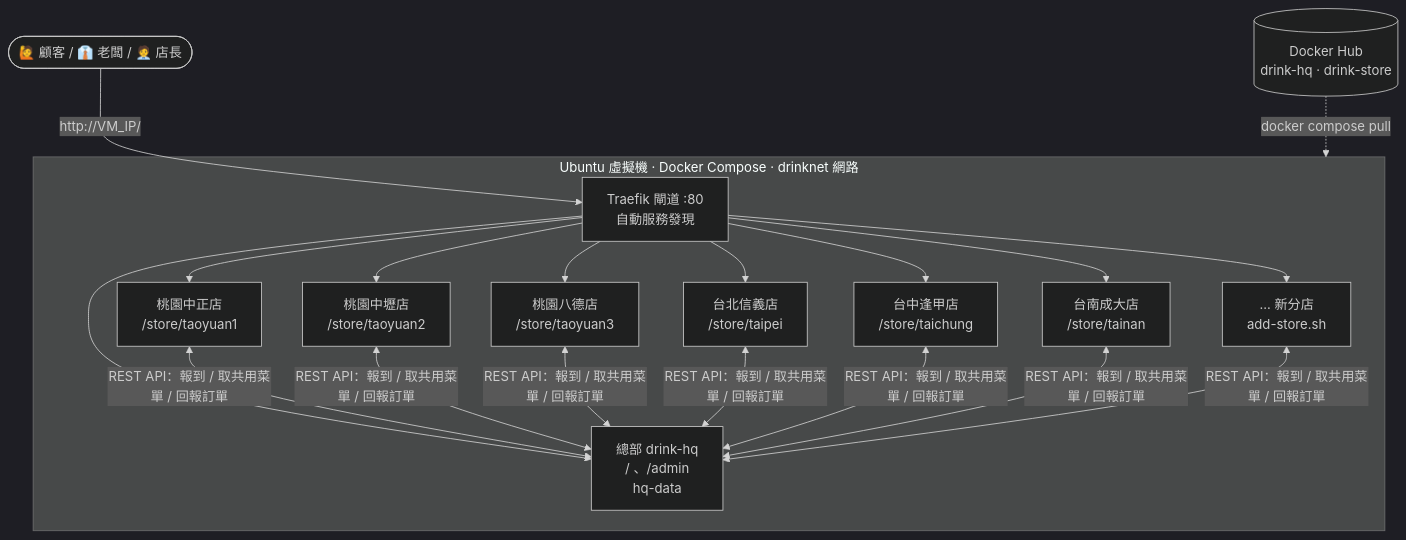
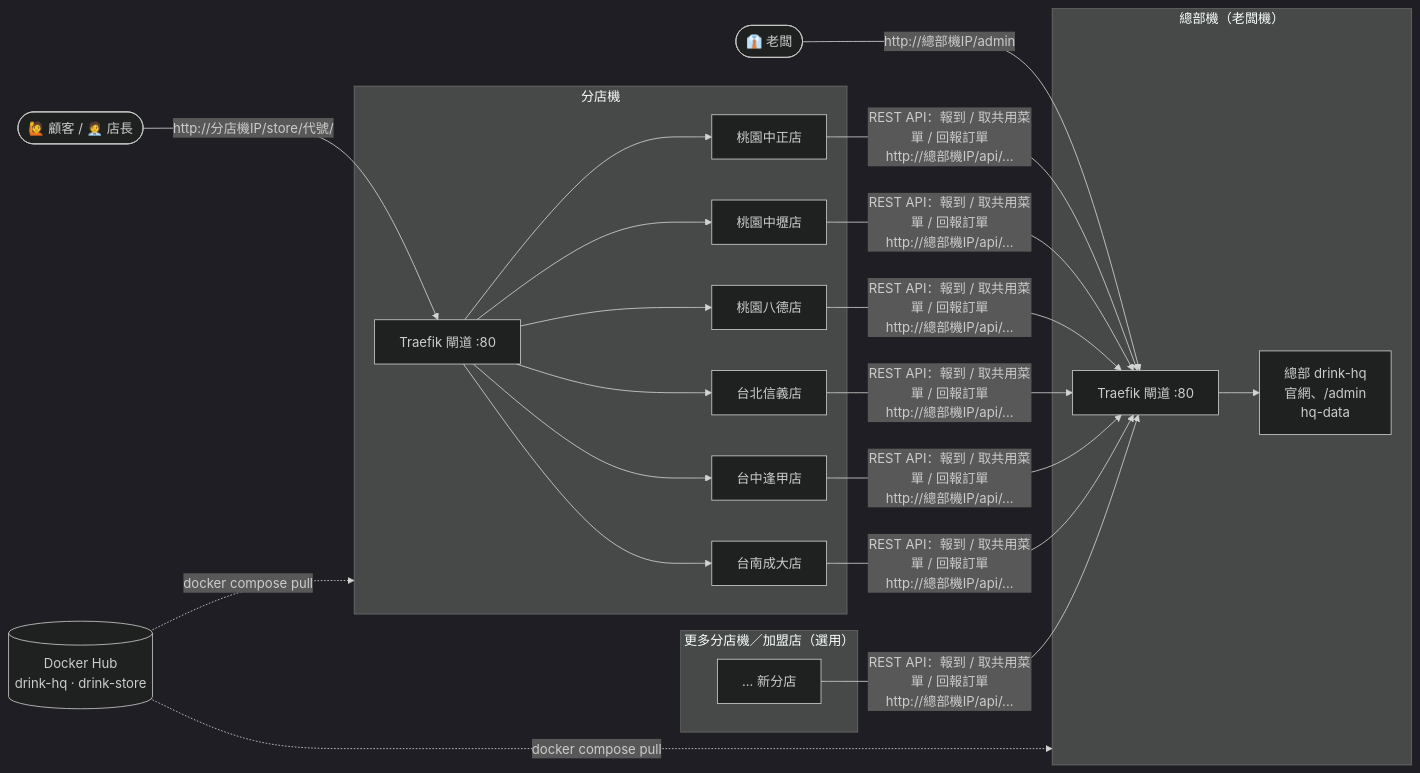
The diagram in README.md (1257244/midterm_exam1120), drawn with Mermaid (dark theme) before and after one commit. The commit also changed other lines of this file and 11 other files, not shown here.

````diff
--- a/README.md
+++ b/README.md
@@ -17,19 +24,18 @@
 ```mermaid
-flowchart TB
-    User([🙋 顧客 / 👔 老闆 / 🧑‍💼 店長]) -->|http://VM_IP/| GW
-    subgraph VM[Ubuntu 虛擬機 · Docker Compose · drinknet 網路]
-        GW[Traefik 閘道 :80<br/>自動服務發現]
-        HQ[總部 drink-hq<br/>/ 、/admin<br/>hq-data]
-        S1[桃園中正店<br/>/store/taoyuan1]
-        S2[桃園中壢店<br/>/store/taoyuan2]
-        S3[桃園八德店<br/>/store/taoyuan3]
-        S4[台北信義店<br/>/store/taipei]
-        S5[台中逢甲店<br/>/store/taichung]
-        S6[台南成大店<br/>/store/tainan]
-        SN[... 新分店<br/>add-store.sh]
-        GW --> HQ
-        GW --> S1 & S2 & S3 & S4 & S5 & S6 & SN
-        S1 & S2 & S3 & S4 & S5 & S6 & SN <-->|REST API：報到 / 取共用菜單 / 回報訂單| HQ
+flowchart LR
+    Boss([👔 老闆]) -->|http://總部機IP/admin| GW1
+    Customer([🙋 顧客 / 🧑‍💼 店長]) -->|http://分店機IP/store/代號/| GW2
+    subgraph HQVM[總部機（老闆機）]
+        GW1[Traefik 閘道 :80] --> HQ[總部 drink-hq<br/>官網、/admin<br/>hq-data]
     end
-    Hub[(Docker Hub<br/>drink-hq · drink-store)] -. docker compose pull .-> VM
+    subgraph STVM[分店機]
+        GW2[Traefik 閘道 :80]
+        GW2 --> S1[桃園中正店] & S2[桃園中壢店] & S3[桃園八德店]
+        GW2 --> S4[台北信義店] & S5[台中逢甲店] & S6[台南成大店]
+    end
+    subgraph STVM2[更多分店機／加盟店（選用）]
+        SN[... 新分店]
+    end
+    S1 & S2 & S3 & S4 & S5 & S6 & SN -->|REST API：報到 / 取共用菜單 / 回報訂單<br/>http://總部機IP/api/...| GW1
+    Hub[(Docker Hub<br/>drink-hq · drink-store)] -. docker compose pull .-> HQVM & STVM
 ```
````
